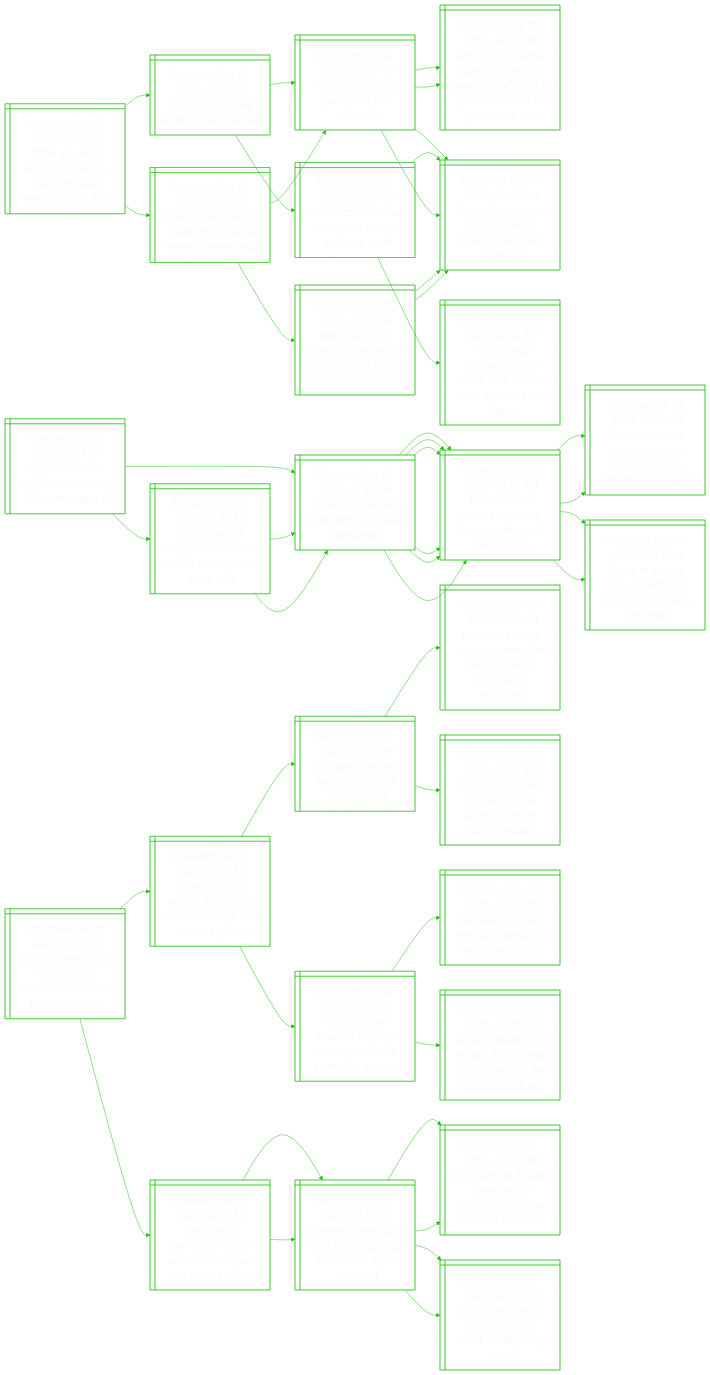
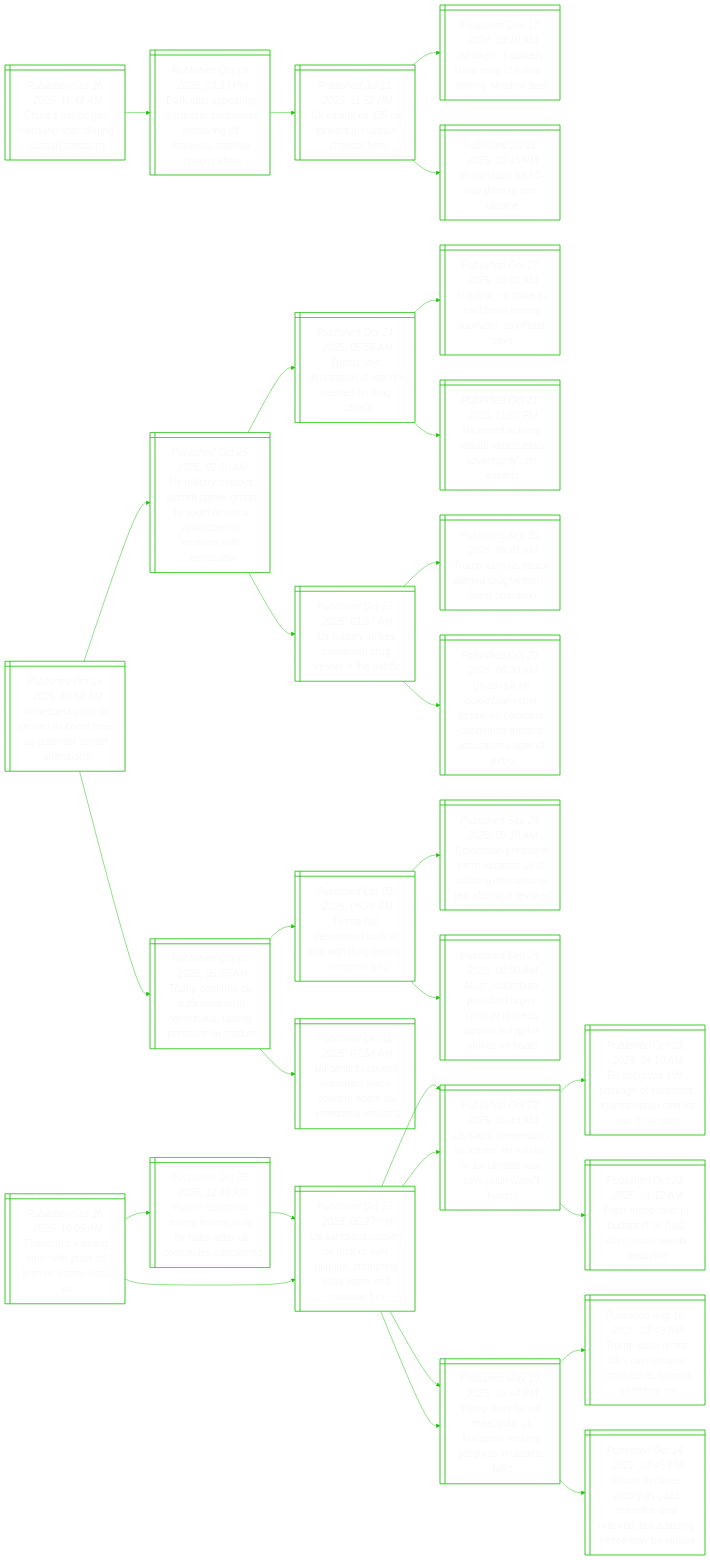
The diagram in README.md (notJmes/notJmes), drawn with Mermaid before and after one commit. The commit also changed other lines of this file, not shown here.

````diff
--- a/README.md
+++ b/README.md
@@ -16,142 +16,97 @@
 flowchart LR
 classDef txtsize font-size:20px;
 
-WYresemhiO@{ shape: win-pane, label: "_Published Oct 26, 2025, 05:33 AM_
-While you were sleeping: 5 stories you might have missed, oct 26, 2025" }
-TmQlras@{ shape: win-pane, label: "_Published Oct 25, 2025, 10:48 PM_
-Trump meets qatar leaders on way to asia" }
-Wouaaam@{ shape: win-pane, label: "_Published Oct 09, 2025, 05:50 PM_
-What does trump’s gaza peace plan promise?" }
-AtHfezerydatoGel@{ shape: win-pane, label: "_Published Sep 30, 2025, 06:45 AM_
-Amnesty for hamas fighters, gaza to be governed by ‘board of peace’: details of the gaza peace plan" }
-NyeeawHakl@{ shape: win-pane, label: "_Published Oct 07, 2023, 12:04 PM_
-Netanyahu declares israel at war as hamas attacks kill over 100" }
-Ucisrltota@{ shape: win-pane, label: "_Published Oct 25, 2025, 09:30 PM_
-Us’ marco rubio vows return of all hostage bodies to israel" }
-NyeeawHakl@{ shape: win-pane, label: "_Published Oct 07, 2023, 12:04 PM_
-Netanyahu declares israel at war as hamas attacks kill over 100" }
-PflcoMeNelale@{ shape: win-pane, label: "_Published Oct 14, 2025, 12:05 AM_
-Peace finally descends on the middle east: now the battle to make it last begins" }
-Ilistuttrnrz@{ shape: win-pane, label: "_Published Oct 26, 2025, 02:35 AM_
-Israeli military says it conducted ‘targeted strike’ in central gaza" }
-Wouaaam@{ shape: win-pane, label: "_Published Oct 09, 2025, 05:50 PM_
-What does trump’s gaza peace plan promise?" }
-AtHfezerydatoGel@{ shape: win-pane, label: "_Published Sep 30, 2025, 06:45 AM_
-Amnesty for hamas fighters, gaza to be governed by ‘board of peace’: details of the gaza peace plan" }
-NyeeawHakl@{ shape: win-pane, label: "_Published Oct 07, 2023, 12:04 PM_
-Netanyahu declares israel at war as hamas attacks kill over 100" }
-Sbsrcdnacaale@{ shape: win-pane, label: "_Published Oct 08, 2023, 12:45 AM_
-‘sea of bodies’ in israel, scores dead in gaza as shock hamas attack unleashes war" }
-NyeeawHakl@{ shape: win-pane, label: "_Published Oct 07, 2023, 12:04 PM_
-Netanyahu declares israel at war as hamas attacks kill over 100" }
-NyeeawHakl@{ shape: win-pane, label: "_Published Oct 07, 2023, 12:04 PM_
-Netanyahu declares israel at war as hamas attacks kill over 100" }
+CsfsLirRacs@{ shape: win-pane, label: "_Published Oct 26, 2025, 11:48 AM_
+China’s pacific gas owns lng ship skirting russian sanctions" }
+DhpnrecesGaieeew@{ shape: win-pane, label: "_Published Oct 19, 2025, 03:33 PM_
+Dark ship appearing to transfer sanctioned russia lng off malaysia, satellite images show" }
+Ucsassswt@{ shape: win-pane, label: "_Published Jul 21, 2025, 11:52 PM_
+Uk sanctions 135 oil tankers in russia’s shadow fleet" }
+Skleokusnde@{ shape: win-pane, label: "_Published Dec 17, 2024, 03:10 AM_
+Stricken oil tankers show risks of russia’s ageing ‘shadow fleet’" }
+Bildiar@{ shape: win-pane, label: "_Published Jul 21, 2025, 10:45 PM_
+Britain calls for 50-day drive to arm ukraine" }
 
-WYresemhiO:::txtsize --> TmQlras:::txtsize
-TmQlras:::txtsize --> Wouaaam:::txtsize
-Wouaaam:::txtsize --> AtHfezerydatoGel:::txtsize
-Wouaaam:::txtsize --> NyeeawHakl:::txtsize
-TmQlras:::txtsize --> Ucisrltota:::txtsize
-Ucisrltota:::txtsize --> NyeeawHakl:::txtsize
-Ucisrltota:::txtsize --> PflcoMeNelale:::txtsize
-WYresemhiO:::txtsize --> Ilistuttrnrz:::txtsize
-Ilistuttrnrz:::txtsize --> Wouaaam:::txtsize
-Wouaaam:::txtsize --> AtHfezerydatoGel:::txtsize
-Wouaaam:::txtsize --> NyeeawHakl:::txtsize
-Ilistuttrnrz:::txtsize --> Sbsrcdnacaale:::txtsize
-Sbsrcdnacaale:::txtsize --> NyeeawHakl:::txtsize
-Sbsrcdnacaale:::txtsize --> NyeeawHakl:::txtsize
+CsfsLirRacs:::txtsize --> DhpnrecesGaieeew:::txtsize
+DhpnrecesGaieeew:::txtsize --> Ucsassswt:::txtsize
+Ucsassswt:::txtsize --> Skleokusnde:::txtsize
+Ucsassswt:::txtsize --> Bildiar:::txtsize
 
-TiaasnyRn@{ shape: win-pane, label: "_Published Oct 26, 2025, 05:04 AM_
-Trump increases tariffs on canada by 10% over reagan ad" }
-Tsldkhdtn@{ shape: win-pane, label: "_Published Oct 24, 2025, 11:40 AM_
-Trump says all trade talks with canada are terminated" }
-Ttuaaanirar@{ shape: win-pane, label: "_Published Oct 08, 2025, 08:25 AM_
-Trump talks up canada trade deal chances with ‘world-class’ carney" }
-CasunSourist@{ shape: win-pane, label: "_Published Apr 29, 2025, 03:22 AM_
-Canada votes as trump renews us takeover push for ‘cherished 51st state’" }
-TtotfermsN@{ shape: win-pane, label: "_Published Oct 07, 2025, 03:17 AM_
-Trump to impose 25% us tariffs on heavy truck imports from nov 1" }
-Ttuaaanirar@{ shape: win-pane, label: "_Published Oct 08, 2025, 08:25 AM_
-Trump talks up canada trade deal chances with ‘world-class’ carney" }
-CasunSourist@{ shape: win-pane, label: "_Published Apr 29, 2025, 03:22 AM_
-Canada votes as trump renews us takeover push for ‘cherished 51st state’" }
-TtotfermsN@{ shape: win-pane, label: "_Published Oct 07, 2025, 03:17 AM_
-Trump to impose 25% us tariffs on heavy truck imports from nov 1" }
-Ciuaaaeirctt@{ shape: win-pane, label: "_Published Oct 25, 2025, 05:33 AM_
-Canadians pull reagan tariff ad after furious trump scraps trade talks" }
-Tsldkhdtn@{ shape: win-pane, label: "_Published Oct 24, 2025, 11:40 AM_
-Trump says all trade talks with canada are terminated" }
-Ttuaaanirar@{ shape: win-pane, label: "_Published Oct 08, 2025, 08:25 AM_
-Trump talks up canada trade deal chances with ‘world-class’ carney" }
-Ttuaaanirar@{ shape: win-pane, label: "_Published Oct 08, 2025, 08:25 AM_
-Trump talks up canada trade deal chances with ‘world-class’ carney" }
-Tsldkhdtn@{ shape: win-pane, label: "_Published Oct 24, 2025, 11:40 AM_
-Trump says all trade talks with canada are terminated" }
-Ttuaaanirar@{ shape: win-pane, label: "_Published Oct 08, 2025, 08:25 AM_
-Trump talks up canada trade deal chances with ‘world-class’ carney" }
-Ttuaaanirar@{ shape: win-pane, label: "_Published Oct 08, 2025, 08:25 AM_
-Trump talks up canada trade deal chances with ‘world-class’ carney" }
+VuopccfSnctas@{ shape: win-pane, label: "_Published Oct 26, 2025, 10:50 AM_
+Venezuela vows to protect its coast from us potential ‘covert operations’" }
+Uidycceuomasnswee@{ shape: win-pane, label: "_Published Oct 25, 2025, 02:00 AM_
+Us military deploys aircraft carrier group to south america amid soaring tensions with venezuela" }
+Tseaonencl@{ shape: win-pane, label: "_Published Oct 24, 2025, 05:55 AM_
+Trump says declaration of war not needed on drug cartels" }
+Irseravrrfas@{ shape: win-pane, label: "_Published Oct 17, 2025, 08:00 AM_
+In a first, us strike in caribbean leaves survivors, us official says" }
+Uetvteaenet@{ shape: win-pane, label: "_Published Oct 21, 2025, 11:03 PM_
+Us covert actions ‘violate venezuela’s sovereignty’: un experts" }
+Uisepdvlef@{ shape: win-pane, label: "_Published Oct 23, 2025, 01:07 AM_
+Us military strikes suspected drug vessel in the pacific" }
+TsScersnsrn@{ shape: win-pane, label: "_Published Sep 20, 2025, 09:01 AM_
+Trump says us struck alleged drug vessel in latest operation" }
+Ustmrvllaeraasnt@{ shape: win-pane, label: "_Published Oct 20, 2025, 08:20 AM_
+Us says it hit colombian rebel vessel as colombia condemns trump’s accusations against petro" }
+TcrAotnzrnsou@{ shape: win-pane, label: "_Published Oct 16, 2025, 06:05 AM_
+Trump confirms cia authorisation in venezuela, raising pressure on maduro" }
+Thtniahclgt@{ shape: win-pane, label: "_Published Oct 03, 2025, 05:25 AM_
+Trump has determined us is at war with drug cartels, congress told" }
+CbretcUiittlfiv@{ shape: win-pane, label: "_Published Sep 28, 2025, 09:18 AM_
+Colombian president petro accuses us of violating international law after visa revoked" }
+Aoienempsiroins@{ shape: win-pane, label: "_Published Sep 24, 2025, 08:00 AM_
+At un, colombian president urges ‘criminal process’ against trump for strikes on boats" }
+UuCiboontnls@{ shape: win-pane, label: "_Published Oct 11, 2025, 07:58 AM_
+Un security council members voice concern about us-venezuela tensions" }
 
-TiaasnyRn:::txtsize --> Tsldkhdtn:::txtsize
-Tsldkhdtn:::txtsize --> Ttuaaanirar:::txtsize
-Ttuaaanirar:::txtsize --> CasunSourist:::txtsize
-Ttuaaanirar:::txtsize --> TtotfermsN:::txtsize
-Tsldkhdtn:::txtsize --> Ttuaaanirar:::txtsize
-Ttuaaanirar:::txtsize --> CasunSourist:::txtsize
-Ttuaaanirar:::txtsize --> TtotfermsN:::txtsize
-TiaasnyRn:::txtsize --> Ciuaaaeirctt:::txtsize
-Ciuaaaeirctt:::txtsize --> Tsldkhdtn:::txtsize
-Tsldkhdtn:::txtsize --> Ttuaaanirar:::txtsize
-Tsldkhdtn:::txtsize --> Ttuaaanirar:::txtsize
-Ciuaaaeirctt:::txtsize --> Tsldkhdtn:::txtsize
-Tsldkhdtn:::txtsize --> Ttuaaanirar:::txtsize
-Tsldkhdtn:::txtsize --> Ttuaaanirar:::txtsize
+VuopccfSnctas:::txtsize --> Uidycceuomasnswee:::txtsize
+Uidycceuomasnswee:::txtsize --> Tseaonencl:::txtsize
+Tseaonencl:::txtsize --> Irseravrrfas:::txtsize
+Tseaonencl:::txtsize --> Uetvteaenet:::txtsize
+Uidycceuomasnswee:::txtsize --> Uisepdvlef:::txtsize
+Uisepdvlef:::txtsize --> TsScersnsrn:::txtsize
+Uisepdvlef:::txtsize --> Ustmrvllaeraasnt:::txtsize
+VuopccfSnctas:::txtsize --> TcrAotnzrnsou:::txtsize
+TcrAotnzrnsou:::txtsize --> Thtniahclgt:::txtsize
+Thtniahclgt:::txtsize --> CbretcUiittlfiv:::txtsize
+Thtniahclgt:::txtsize --> Aoienempsiroins:::txtsize
+TcrAotnzrnsou:::txtsize --> UuCiboontnls:::txtsize
 
-Laghisolbrbohs@{ shape: win-pane, label: "_Published Oct 26, 2025, 03:35 AM_
-Lithuania again shuts vilnius airport, belarus border over balloon sightings" }
-LahitBudogelin@{ shape: win-pane, label: "_Published Oct 25, 2025, 02:50 AM_
-Lithuania shuts airports and belarus border crossings after balloon sightings" }
-Slanctonit@{ shape: win-pane, label: "_Published Oct 22, 2025, 07:20 PM_
-Smugglers’ balloons force shutdown of vilnius airport" }
-LaVupesroausii@{ shape: win-pane, label: "_Published Oct 05, 2025, 02:01 PM_
-Lithuania’s vilnius airport reopens after balloons cause suspension, diversions" }
-Bsovwotdsglp@{ shape: win-pane, label: "_Published Oct 20, 2025, 07:36 AM_
-British troops given powers to shoot down drones on sight: telegraph" }
-NeLaaoitendic@{ shape: win-pane, label: "_Published Oct 24, 2025, 01:56 AM_
-Nato member lithuania says two russian jets briefly entered its airspace" }
-Rasrnicatoo@{ shape: win-pane, label: "_Published Sep 19, 2025, 11:15 PM_
-Russian jets enter estonia’s airspace in latest test for nato" }
-PdtnefNetndgir@{ shape: win-pane, label: "_Published Sep 10, 2025, 10:37 AM_
-Poland shoots down drones, the first nato member to open fire during ukraine war" }
-Ryeyircdnret@{ shape: win-pane, label: "_Published Oct 04, 2025, 05:35 AM_
-Runways at germany’s munich airport closed again after drone sightings" }
-Gneafrinuiroi@{ shape: win-pane, label: "_Published Oct 03, 2025, 09:15 AM_
-Germany investigates after drone sightings shut munich airport overnight" }
-Edouolekaaaoo@{ shape: win-pane, label: "_Published Oct 01, 2025, 02:34 PM_
-Eu leaders to discuss ‘drone wall’ in denmark, days after airspace violations" }
-Oetfoyttlia@{ shape: win-pane, label: "_Published Oct 01, 2025, 04:14 PM_
-Oktoberfest briefly closed by bomb threat, deadly family drama" }
-Gneafrinuiroi@{ shape: win-pane, label: "_Published Oct 03, 2025, 09:15 AM_
-Germany investigates after drone sightings shut munich airport overnight" }
-Edouolekaaaoo@{ shape: win-pane, label: "_Published Oct 01, 2025, 02:34 PM_
-Eu leaders to discuss ‘drone wall’ in denmark, days after airspace violations" }
-Oetfoyttlia@{ shape: win-pane, label: "_Published Oct 01, 2025, 04:14 PM_
-Oktoberfest briefly closed by bomb threat, deadly family drama" }
+TnstitKioi@{ shape: win-pane, label: "_Published Oct 26, 2025, 10:05 AM_
+Trump not ‘wasting time’ with putin as kremlin envoy visits us" }
+Psonrsfltlasi@{ shape: win-pane, label: "_Published Oct 25, 2025, 12:40 AM_
+Putin’s economic envoy arrives in us for talks, after oil companies sanctioned" }
+Ucsilrrionitncr@{ shape: win-pane, label: "_Published Oct 23, 2025, 06:27 PM_
+Us sanctions russian oil majors over ukraine, prompting india jitters and moscow fury" }
+UpmucssorirPwht@{ shape: win-pane, label: "_Published Oct 23, 2025, 05:33 AM_
+Us slaps ‘tremendous sanctions’ on russian oil for ukraine war, says putin wasn’t ‘honest’" }
+Tsemunpogrnil@{ shape: win-pane, label: "_Published May 19, 2025, 10:54 PM_
+Trump says he will meet putin in budapest, touting progress in ukraine talks" }
+Ucsilrrionitncr@{ shape: win-pane, label: "_Published Oct 23, 2025, 06:27 PM_
+Us sanctions russian oil majors over ukraine, prompting india jitters and moscow fury" }
+UpmucssorirPwht@{ shape: win-pane, label: "_Published Oct 23, 2025, 05:33 AM_
+Us slaps ‘tremendous sanctions’ on russian oil for ukraine war, says putin wasn’t ‘honest’" }
+ErtkftassewUn@{ shape: win-pane, label: "_Published Oct 23, 2025, 04:10 AM_
+Eu approves 19th package of sanctions against russia over its war in ukraine" }
+PTtiaodrieei@{ shape: win-pane, label: "_Published Oct 22, 2025, 01:12 AM_
+Putin-trump talks in budapest on hold after russia rejects ceasefire" }
+Tsemunpogrnil@{ shape: win-pane, label: "_Published May 19, 2025, 10:54 PM_
+Trump says he will meet putin in budapest, touting progress in ukraine talks" }
+TPdtsUncamre@{ shape: win-pane, label: "_Published Aug 16, 2025, 03:43 AM_
+Trump-putin direct talks over ukraine conclude as summit stretches on" }
+Tdrcaaededlncbs@{ shape: win-pane, label: "_Published Oct 14, 2025, 07:45 PM_
+Trump declares victory as gaza ceasefire deal reached, but a lasting peace may be elusive" }
 
-Laghisolbrbohs:::txtsize --> LahitBudogelin:::txtsize
-LahitBudogelin:::txtsize --> Slanctonit:::txtsize
-Slanctonit:::txtsize --> LaVupesroausii:::txtsize
-Slanctonit:::txtsize --> Bsovwotdsglp:::txtsize
-LahitBudogelin:::txtsize --> NeLaaoitendic:::txtsize
-NeLaaoitendic:::txtsize --> Rasrnicatoo:::txtsize
-NeLaaoitendic:::txtsize --> PdtnefNetndgir:::txtsize
-Laghisolbrbohs:::txtsize --> Ryeyircdnret:::txtsize
-Ryeyircdnret:::txtsize --> Gneafrinuiroi:::txtsize
-Gneafrinuiroi:::txtsize --> Edouolekaaaoo:::txtsize
-Gneafrinuiroi:::txtsize --> Oetfoyttlia:::txtsize
-Ryeyircdnret:::txtsize --> Gneafrinuiroi:::txtsize
-Gneafrinuiroi:::txtsize --> Edouolekaaaoo:::txtsize
-Gneafrinuiroi:::txtsize --> Oetfoyttlia:::txtsize
+TnstitKioi:::txtsize --> Psonrsfltlasi:::txtsize
+Psonrsfltlasi:::txtsize --> Ucsilrrionitncr:::txtsize
+Ucsilrrionitncr:::txtsize --> UpmucssorirPwht:::txtsize
+Ucsilrrionitncr:::txtsize --> Tsemunpogrnil:::txtsize
+TnstitKioi:::txtsize --> Ucsilrrionitncr:::txtsize
+Ucsilrrionitncr:::txtsize --> UpmucssorirPwht:::txtsize
+UpmucssorirPwht:::txtsize --> ErtkftassewUn:::txtsize
+UpmucssorirPwht:::txtsize --> PTtiaodrieei:::txtsize
+Ucsilrrionitncr:::txtsize --> Tsemunpogrnil:::txtsize
+Tsemunpogrnil:::txtsize --> TPdtsUncamre:::txtsize
+Tsemunpogrnil:::txtsize --> Tdrcaaededlncbs:::txtsize
 
 ```
````
